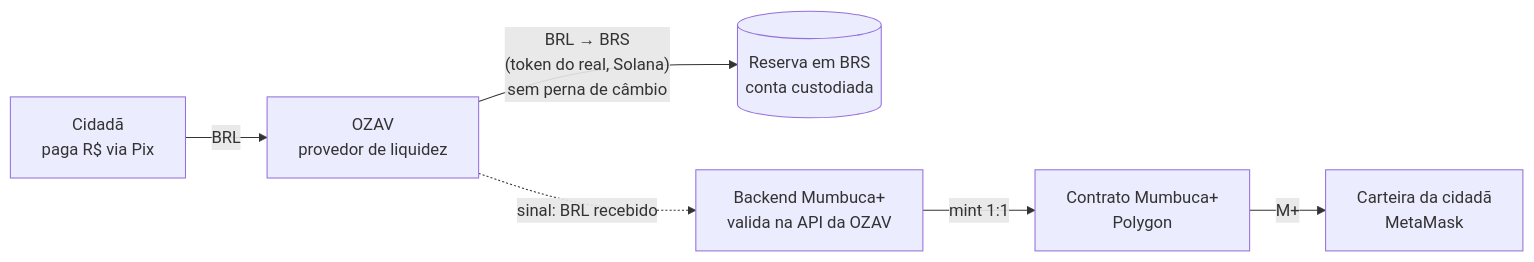
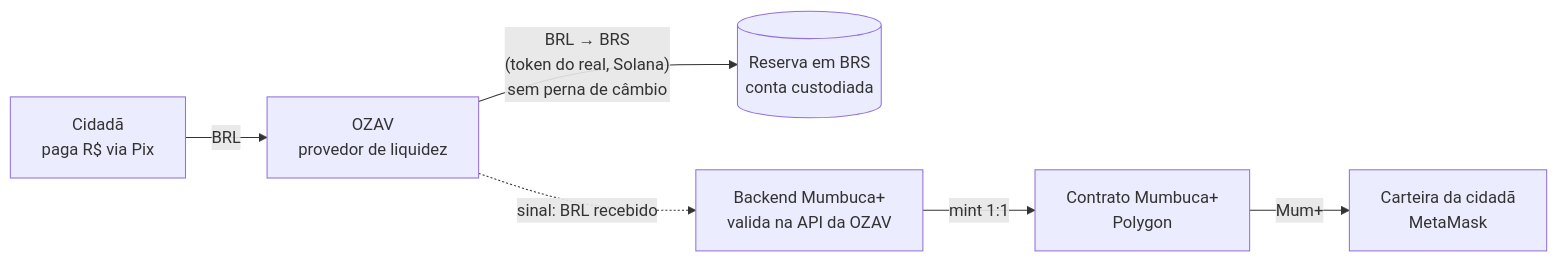
Before and after one commit to Peragus01/Mumbuca-plus: the first of 4 diagrams in README.md, drawn with Mermaid. The commit also changed other lines of this file and 2 other files, not shown here.

Commit message:
docs: rename token symbol from M+ to Mum+

````diff
--- a/README.md
+++ b/README.md
@@ -54,8 +54,8 @@
 ```mermaid
 flowchart LR
     A["Cidadã<br/>paga R$ via Pix"] -->|BRL| B["OZAV<br/>provedor de liquidez"]
     B -->|"BRL → BRS<br/>(token do real, Solana)<br/>sem perna de câmbio"| C[("Reserva em BRS<br/>conta custodiada")]
     B -.->|"sinal: BRL recebido"| D["Backend Mumbuca+<br/>valida na API da OZAV"]
     D -->|"mint 1:1"| E["Contrato Mumbuca+<br/>Polygon"]
-    E -->|"M+"| F["Carteira da cidadã<br/>MetaMask"]
+    E -->|"Mum+"| F["Carteira da cidadã<br/>MetaMask"]
 ```
````
